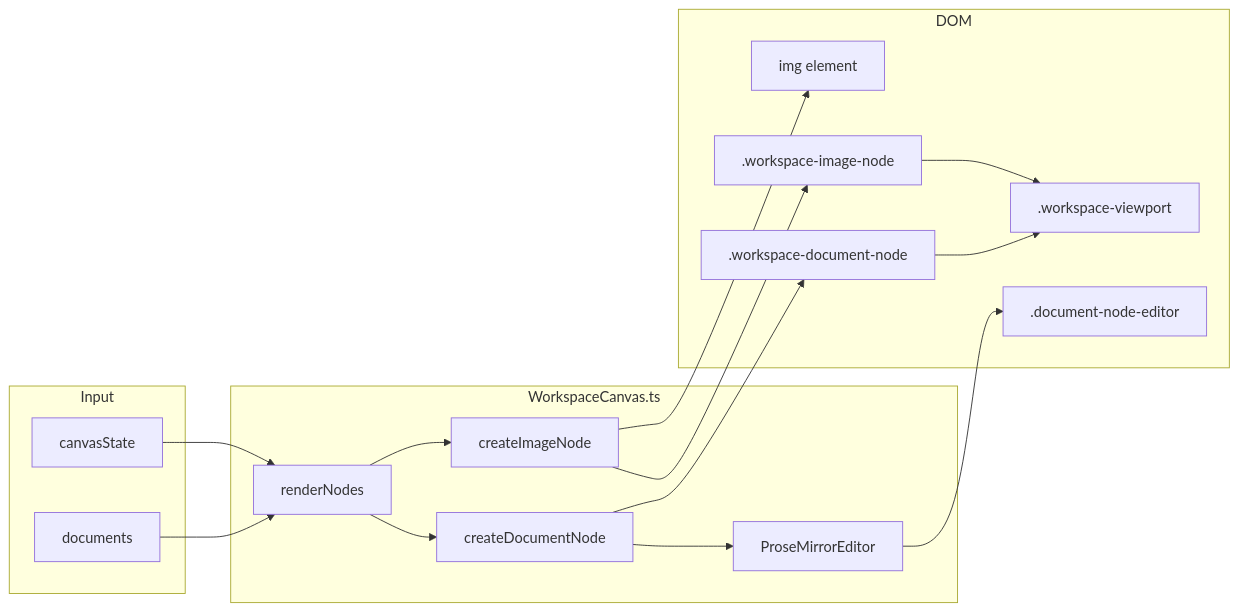
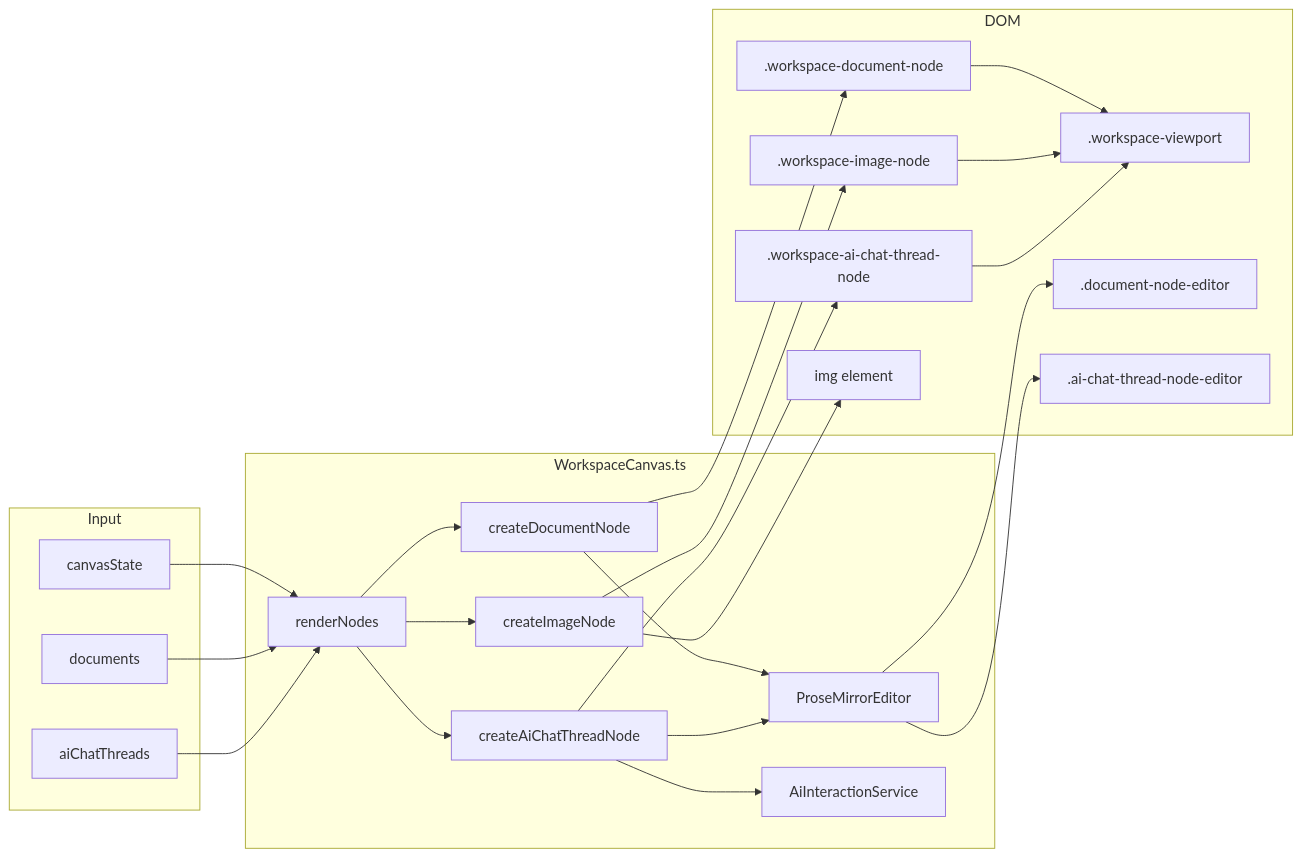
One commit to Lixpi/lixpi changed the eighth of 10 diagrams in documentation/features/WORKSPACE-FEATURE.md. Above: the diagram before and after it, drawn with Mermaid. The commit also changed other lines of this file and 33 other files, not shown here.

Commit message:
LIX-46 # split document into separate entities - regular document and ai chat thread

````diff
--- a/documentation/features/WORKSPACE-FEATURE.md
+++ b/documentation/features/WORKSPACE-FEATURE.md
@@ -321,34 +360,46 @@
 ```mermaid
 flowchart LR
     subgraph Input
         CS[canvasState]
         DOCS[documents]
+        THREADS[aiChatThreads]
     end
 
     subgraph WorkspaceCanvas.ts
         RN[renderNodes]
         CDN[createDocumentNode]
         CIN[createImageNode]
+        CTN[createAiChatThreadNode]
         PM[ProseMirrorEditor]
+        AIS[AiInteractionService]
     end
 
     subgraph DOM
         VP[.workspace-viewport]
         DOCNODES[.workspace-document-node]
         IMGNODES[.workspace-image-node]
+        THREADNODES[.workspace-ai-chat-thread-node]
         ED[.document-node-editor]
+        TED[.ai-chat-thread-node-editor]
         IMG[img element]
     end
 
     CS --> RN
     DOCS --> RN
+    THREADS --> RN
     RN --> CDN
     RN --> CIN
+    RN --> CTN
     CDN --> PM
+    CTN --> PM
+    CTN --> AIS
     CDN --> DOCNODES
     CIN --> IMGNODES
+    CTN --> THREADNODES
     DOCNODES --> VP
     IMGNODES --> VP
+    THREADNODES --> VP
     PM --> ED
+    PM --> TED
     CIN --> IMG
 ```
````
